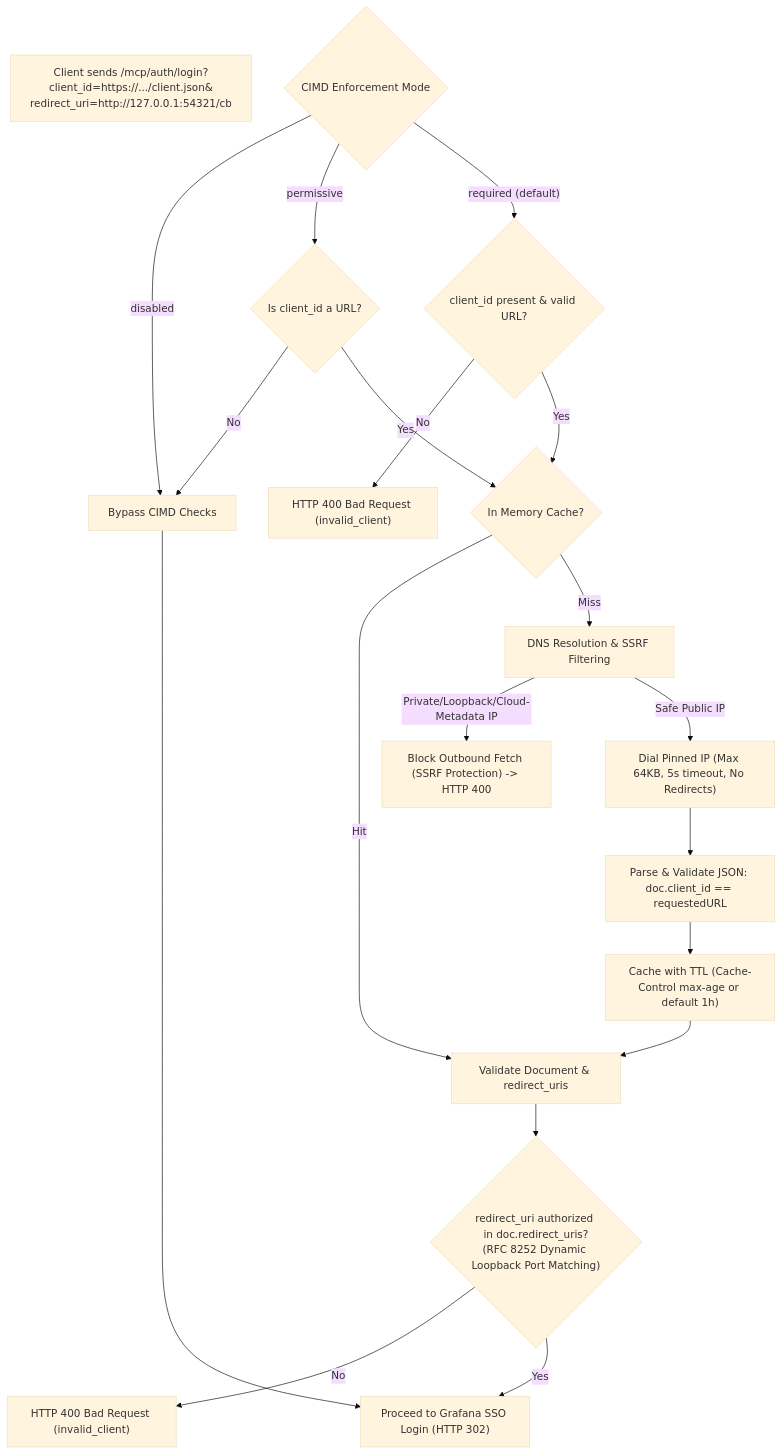
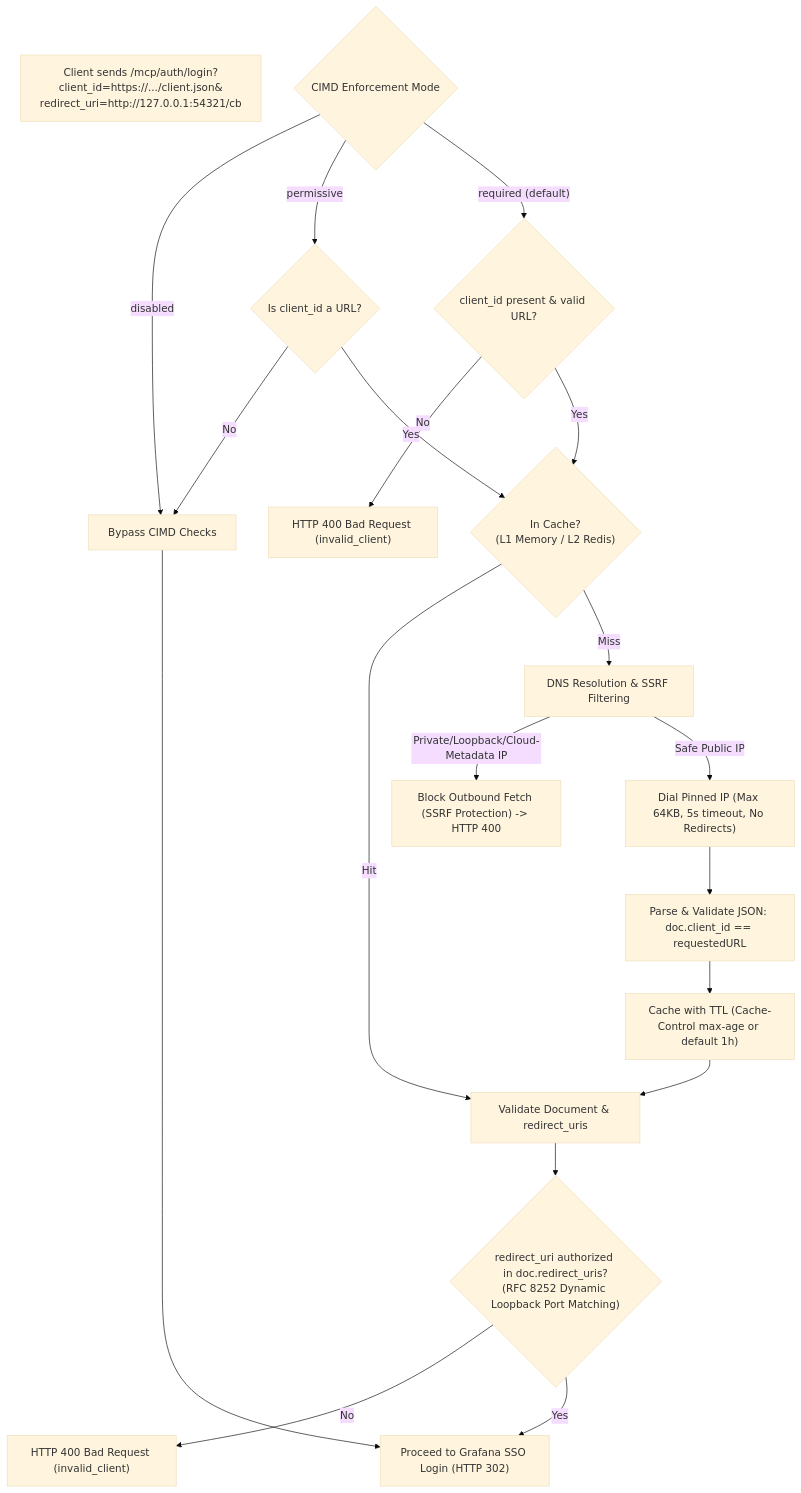
One commit to devopssavvy/grafana-mcp-oauth changed the fifth of 5 diagrams in ARCHITECTURE.md. Above: the diagram before and after it, drawn with Mermaid (base theme). The commit also changed other lines of this file and 8 other files, not shown here.

````diff
--- a/ARCHITECTURE.md
+++ b/ARCHITECTURE.md
@@ -242,30 +242,30 @@
 ```mermaid
 flowchart TD
     Req["Client sends /mcp/auth/login?<br/>client_id=https://.../client.json&<br/>redirect_uri=http://127.0.0.1:54321/cb"]
     
     CheckMode{"CIMD Enforcement Mode"}
     CheckMode -->|"disabled"| Skip["Bypass CIMD Checks"]
     CheckMode -->|"permissive"| CheckURL{"Is client_id a URL?"}
     CheckMode -->|"required (default)"| CheckMissing{"client_id present & valid URL?"}
 
     CheckMissing -->|"No"| Reject400["HTTP 400 Bad Request (invalid_client)"]
-    CheckMissing -->|"Yes"| CacheCheck{"In Memory Cache?"}
+    CheckMissing -->|"Yes"| CacheCheck{"In Cache?<br/>(L1 Memory / L2 Redis)"}
 
     CheckURL -->|"No"| Skip
     CheckURL -->|"Yes"| CacheCheck
 
     CacheCheck -->|"Hit"| CheckDoc["Validate Document & redirect_uris"]
     CacheCheck -->|"Miss"| SafeDial["DNS Resolution & SSRF Filtering"]
 
     SafeDial -->|"Private/Loopback/Cloud-Metadata IP"| RejectSSRF["Block Outbound Fetch (SSRF Protection) -> HTTP 400"]
     SafeDial -->|"Safe Public IP"| Fetch["Dial Pinned IP (Max 64KB, 5s timeout, No Redirects)"]
 
     Fetch --> ParseJSON["Parse & Validate JSON: doc.client_id == requestedURL"]
     ParseJSON --> CacheSet["Cache with TTL (Cache-Control max-age or default 1h)"]
     CacheSet --> CheckDoc
 
     CheckDoc --> MatchURI{"redirect_uri authorized in doc.redirect_uris?<br/>(RFC 8252 Dynamic Loopback Port Matching)"}
     MatchURI -->|"No"| RejectURI["HTTP 400 Bad Request (invalid_client)"]
     MatchURI -->|"Yes"| Proceed["Proceed to Grafana SSO Login (HTTP 302)"]
     Skip --> Proceed
 ```
````
